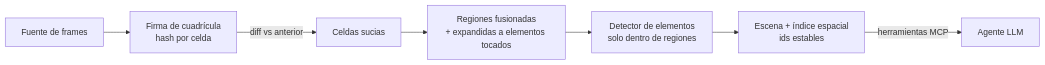
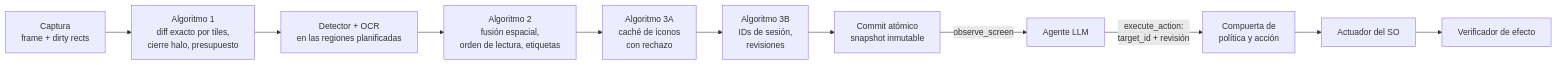
Before and after one commit to Yosoyepa/Ommatix: the diagram in README.es.md, drawn with Mermaid. The commit also changed other lines of this file and 147 other files, not shown here.

````diff
--- a/README.es.md
+++ b/README.es.md
@@ -31,9 +43,12 @@
 ```mermaid
 flowchart LR
-    A[Fuente de frames] --> B[Firma de cuadrícula<br/>hash por celda]
-    B -->|diff vs anterior| C[Celdas sucias]
-    C --> D[Regiones fusionadas<br/>+ expandidas a elementos tocados]
-    D --> E[Detector de elementos<br/>solo dentro de regiones]
-    E --> F[Escena + índice espacial<br/>ids estables]
-    F -->|herramientas MCP| G[Agente LLM]
+    CAP[Captura<br/>frame + dirty rects] --> PLAN[Algoritmo 1<br/>diff exacto por tiles,<br/>cierre halo, presupuesto]
+    PLAN --> PER[Detector + OCR<br/>en las regiones planificadas]
+    PER --> FUS[Algoritmo 2<br/>fusión espacial,<br/>orden de lectura, etiquetas]
+    FUS --> ICO[Algoritmo 3A<br/>caché de íconos<br/>con rechazo]
+    ICO --> TRK[Algoritmo 3B<br/>IDs de sesión,<br/>revisiones]
+    TRK --> SNAP[Commit atómico<br/>snapshot inmutable]
+    SNAP -->|observe_screen| AG[Agente LLM]
+    AG -->|execute_action:<br/>target_id + revisión| GATE[Compuerta de<br/>política y acción]
+    GATE --> ACT[Actuador del SO] --> VER[Verificador de efecto]
 ```
````
